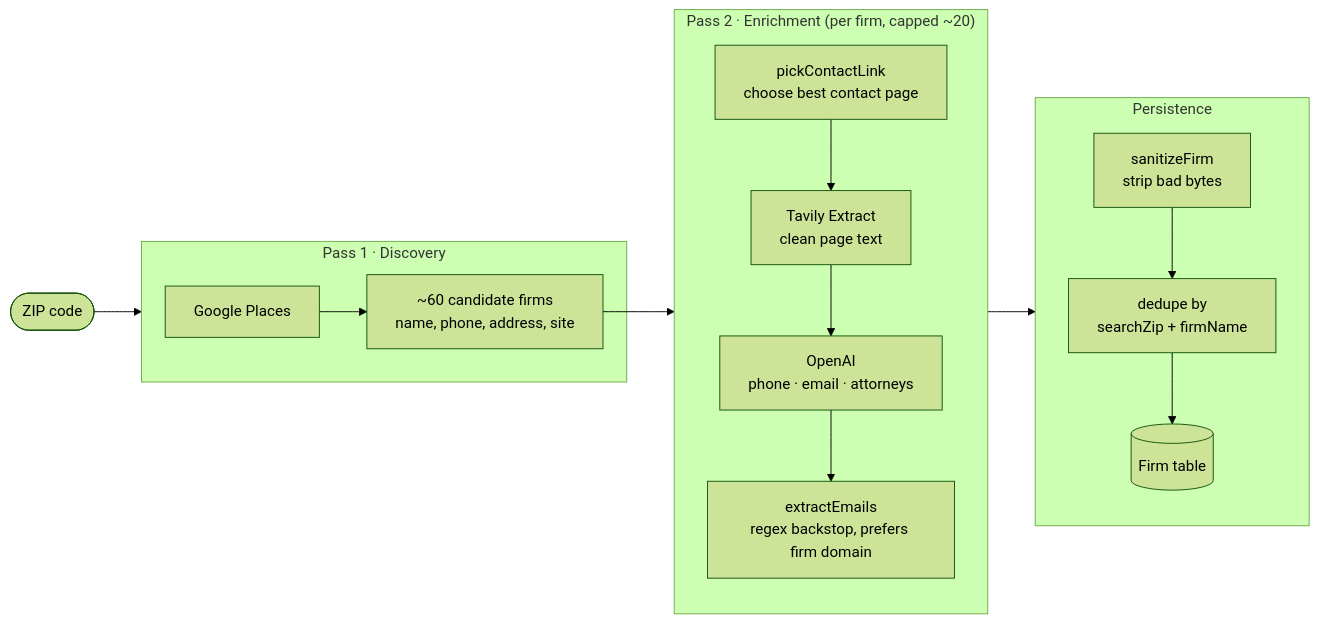
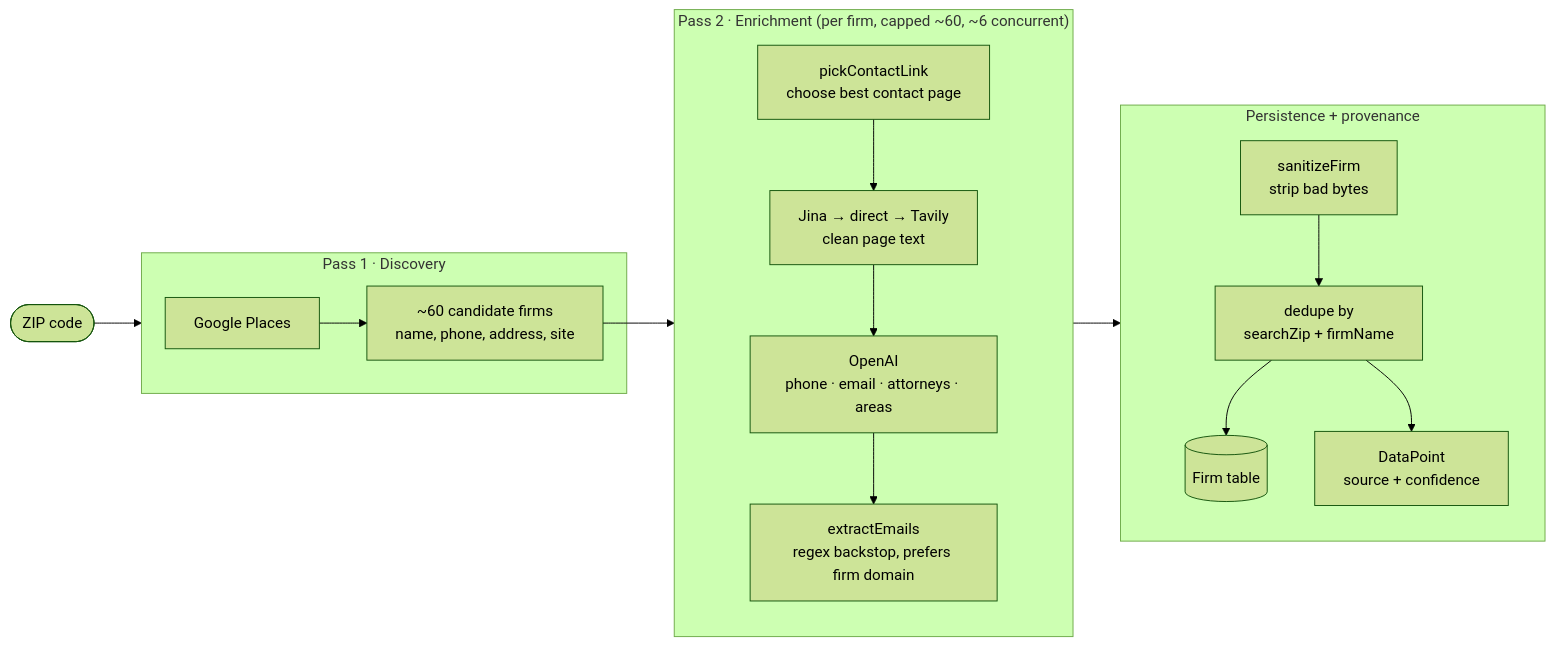
Before and after one commit to philay3/Legal-prospect: the second of 3 diagrams in README.md, drawn with Mermaid (forest theme). The commit also changed other lines of this file and 91 other files, not shown here.

````diff
--- a/README.md
+++ b/README.md
@@ -103,24 +107,25 @@
 ```mermaid
 flowchart LR
     ZIP([ZIP code]) --> P1
 
     subgraph P1["Pass 1 · Discovery"]
         Places["Google Places"] --> Cands["~60 candidate firms<br/>name, phone, address, site"]
     end
 
     Cands --> P2
 
-    subgraph P2["Pass 2 · Enrichment (per firm, capped ~20)"]
+    subgraph P2["Pass 2 · Enrichment (per firm, capped ~60, ~6 concurrent)"]
         direction TB
-        Pick["pickContactLink<br/>choose best contact page"] --> Ext["Tavily Extract<br/>clean page text"]
-        Ext --> LLM["OpenAI<br/>phone · email · attorneys"]
+        Pick["pickContactLink<br/>choose best contact page"] --> Ext["Jina → direct → Tavily<br/>clean page text"]
+        Ext --> LLM["OpenAI<br/>phone · email · attorneys · areas"]
         LLM --> Rgx["extractEmails<br/>regex backstop, prefers firm domain"]
     end
 
     P2 --> Save
 
-    subgraph Save["Persistence"]
+    subgraph Save["Persistence + provenance"]
         San["sanitizeFirm<br/>strip bad bytes"] --> Dedupe["dedupe by<br/>searchZip + firmName"]
         Dedupe --> Firm[("Firm table")]
+        Dedupe --> DP["DataPoint<br/>source + confidence"]
     end
 ```
````
